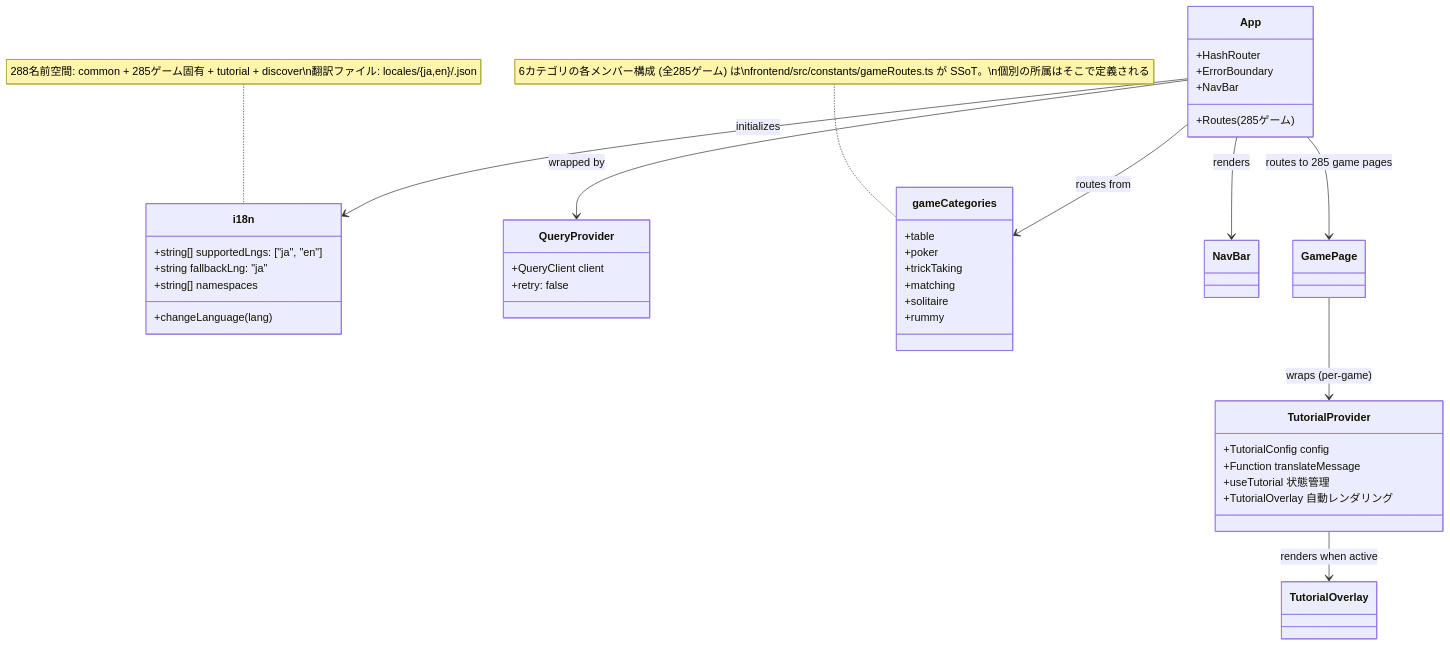
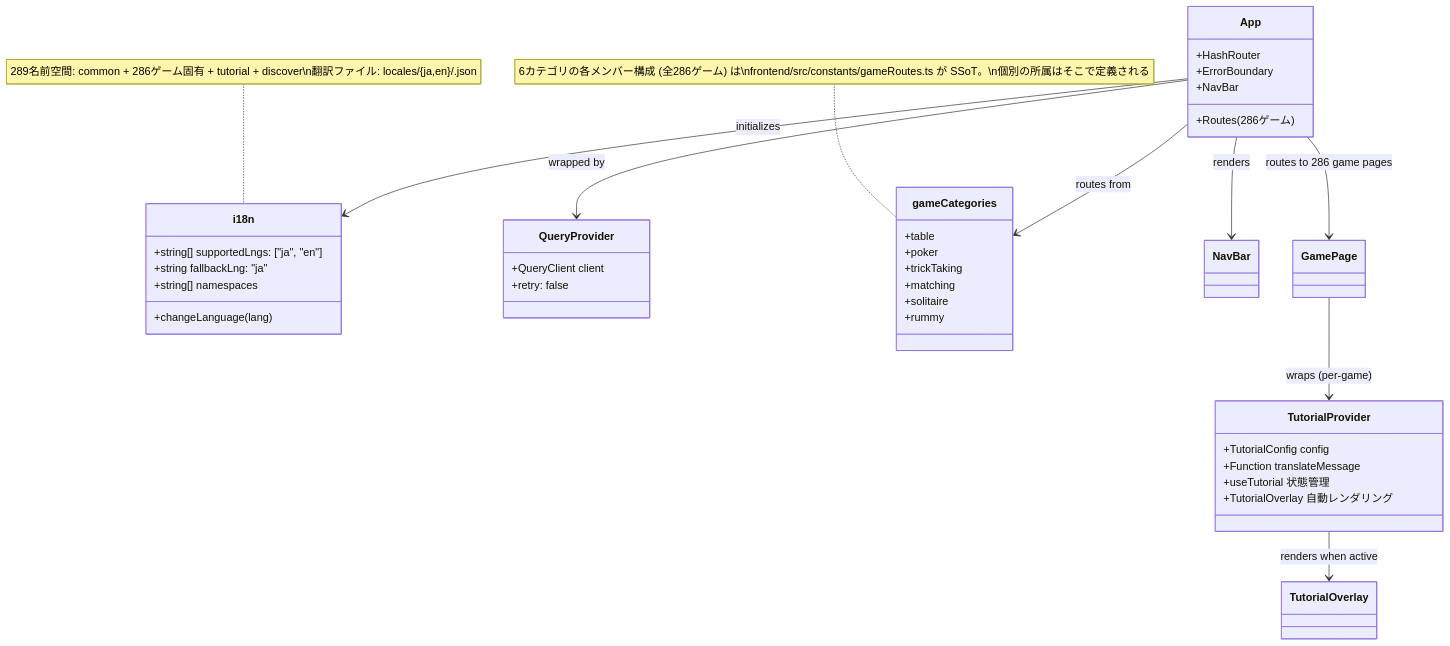
One commit to yuta-yoshinaga/go_trumpcards changed the ninth of 49 diagrams in docs/design/frontend.md. Above: the diagram before and after it, drawn with Mermaid. The commit also changed other lines of this file and 62 other files, not shown here.

````diff
--- a/docs/design/frontend.md
+++ b/docs/design/frontend.md
@@ -1869,48 +1869,48 @@
 ```mermaid
 classDiagram
     class i18n {
         +string[] supportedLngs: ["ja", "en"]
         +string fallbackLng: "ja"
         +string[] namespaces
         +changeLanguage(lang)
     }
 
     class QueryProvider {
         +QueryClient client
         +retry: false
     }
 
     class App {
         +HashRouter
         +ErrorBoundary
         +NavBar
-        +Routes (285ゲーム)
+        +Routes (286ゲーム)
     }
 
     class gameCategories {
         +table
         +poker
         +trickTaking
         +matching
         +solitaire
         +rummy
     }
-    note for gameCategories "6カテゴリの各メンバー構成 (全285ゲーム) は\nfrontend/src/constants/gameRoutes.ts が SSoT。\n個別の所属はそこで定義される"
+    note for gameCategories "6カテゴリの各メンバー構成 (全286ゲーム) は\nfrontend/src/constants/gameRoutes.ts が SSoT。\n個別の所属はそこで定義される"
 
     class TutorialProvider {
         +TutorialConfig config
         +Function translateMessage
         +useTutorial 状態管理
         +TutorialOverlay 自動レンダリング
     }
 
     App --> QueryProvider : wrapped by
     App --> i18n : initializes
     App --> gameCategories : routes from
     App --> NavBar : renders
-    App --> GamePage : routes to 285 game pages
+    App --> GamePage : routes to 286 game pages
     GamePage --> TutorialProvider : wraps (per-game)
     TutorialProvider --> TutorialOverlay : renders when active
 
-    note for i18n "288名前空間: common + 285ゲーム固有 + tutorial + discover\n翻訳ファイル: locales/{ja,en}/<game>.json"
+    note for i18n "289名前空間: common + 286ゲーム固有 + tutorial + discover\n翻訳ファイル: locales/{ja,en}/<game>.json"
 ```
````
